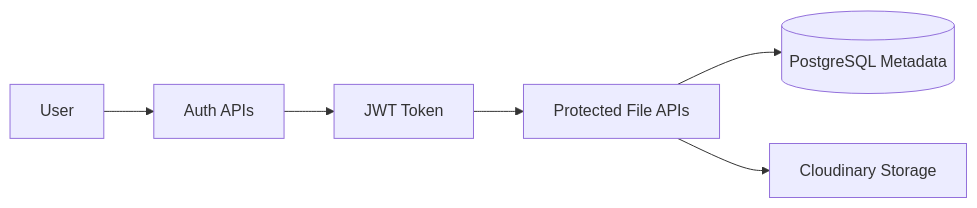
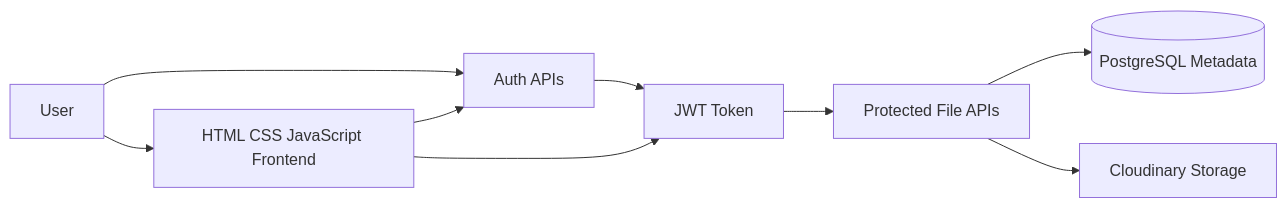
One commit to luvkumar404/FileSharing changed the diagram in share/README.md. Above: the diagram before and after it, drawn with Mermaid. The commit also changed other lines of this file and 4 other files, not shown here.

````diff
--- a/share/README.md
+++ b/share/README.md
@@ -55,8 +59,11 @@
 ```mermaid
 flowchart LR
     User[User] --> Auth[Auth APIs]
+    User --> Frontend[HTML CSS JavaScript Frontend]
+    Frontend --> Auth
     Auth --> JWT[JWT Token]
+    Frontend --> JWT
     JWT --> FileAPIs[Protected File APIs]
     FileAPIs --> PostgreSQL[(PostgreSQL Metadata)]
     FileAPIs --> Cloudinary[Cloudinary Storage]
 ```
````
